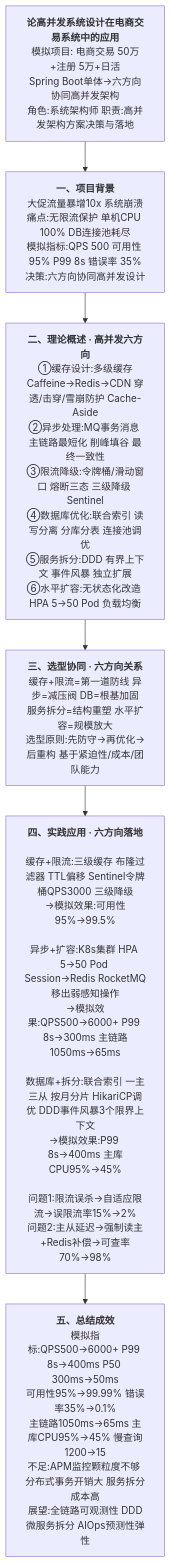
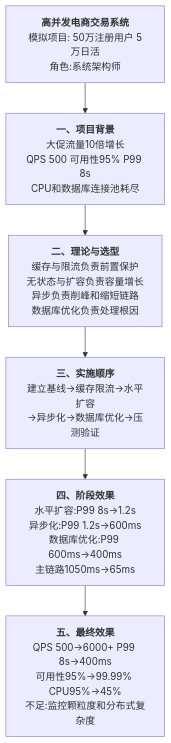
Before and after one commit to EdgarLQS/SoftwareArchitectureExamGuide: the first of 5 diagrams in 02-论文专题/0011-性能优化/00-大纲记忆卡.md, drawn with Mermaid. The commit also changed other lines of this file, not shown here.

````diff
--- a/02-论文专题/0011-性能优化/00-大纲记忆卡.md
+++ b/02-论文专题/0011-性能优化/00-大纲记忆卡.md
@@ -30,14 +26,9 @@
 ```mermaid
 graph TD
-    ROOT["<b>论高并发系统设计在电商交易系统中的应用</b><br/>模拟项目: 电商交易 50万+注册 5万+日活<br/>Spring Boot单体→六方向协同高并发架构<br/>角色:系统架构师 职责:高并发架构方案决策与落地"]
-
-    ROOT --> P1["<b>一、项目背景</b><br/>大促流量暴增10x 系统崩溃<br/>痛点:无限流保护 单机CPU 100% DB连接池耗尽<br/>模拟指标:QPS 500 可用性 95% P99 8s 错误率 35%<br/>决策:六方向协同高并发设计"]
-
-    P1 --> P2["<b>二、理论概述 · 高并发六方向</b><br/>①缓存设计:多级缓存Caffeine→Redis→CDN 穿透/击穿/雪崩防护 Cache-Aside<br/>②异步处理:MQ事务消息 主链路最短化 削峰填谷 最终一致性<br/>③限流降级:令牌桶/滑动窗口 熔断三态 三级降级 Sentinel<br/>④数据库优化:联合索引 读写分离 分库分表 连接池调优<br/>⑤服务拆分:DDD 有界上下文 事件风暴 独立扩展<br/>⑥水平扩容:无状态化改造 HPA 5→50 Pod 负载均衡"]
-
-    P2 --> P3["<b>三、选型协同 · 六方向关系</b><br/>缓存+限流=第一道防线 异步=减压阀 DB=根基加固<br/>服务拆分=结构重塑 水平扩容=规模放大<br/>选型原则:先防守→再优化→后重构 基于紧迫性/成本/团队能力"]
-
-    P3 --> P4["<b>四、实践应用 · 六方向落地</b><br/><br/>缓存+限流:三级缓存 布隆过滤器 TTL偏移 Sentinel令牌桶QPS3000 三级降级<br/>→模拟效果:可用性95%→99.5%<br/><br/>异步+扩容:K8s集群 HPA 5→50 Pod Session→Redis RocketMQ移出弱感知操作<br/>→模拟效果:QPS500→6000+ P99 8s→300ms 主链路1050ms→65ms<br/><br/>数据库+拆分:联合索引 一主三从 按月分片 HikariCP调优 DDD事件风暴3个限界上下文<br/>→模拟效果:P99 8s→400ms 主库CPU95%→45%<br/><br/>问题1:限流误杀→自适应限流→误限流率15%→2%<br/>问题2:主从延迟→强制读主+Redis补偿→可查率70%→98%"]
-
-    P4 --> P5["<b>五、总结成效</b><br/>模拟指标:QPS500→6000+ P99 8s→400ms P50 300ms→50ms<br/>可用性95%→99.99% 错误率35%→0.1%<br/>主链路1050ms→65ms 主库CPU95%→45% 慢查询1200→15<br/>不足:APM监控颗粒度不够 分布式事务开销大 服务拆分成本高<br/>展望:全链路可观测性 DDD微服务拆分 AIOps预测性弹性"]
+    ROOT["<b>高并发电商交易系统</b><br/>模拟项目: 50万注册用户 5万日活<br/>角色:系统架构师"]
+    ROOT --> P1["<b>一、项目背景</b><br/>大促流量10倍增长<br/>QPS 500 可用性95% P99 8s<br/>CPU和数据库连接池耗尽"]
+    P1 --> P2["<b>二、理论与选型</b><br/>缓存与限流负责前置保护<br/>无状态与扩容负责容量增长<br/>异步负责削峰和缩短链路<br/>数据库优化负责处理根因"]
+    P2 --> P3["<b>三、实施顺序</b><br/>建立基线→缓存限流→水平扩容<br/>→异步化→数据库优化→压测验证"]
+    P3 --> P4["<b>四、阶段效果</b><br/>水平扩容:P99 8s→1.2s<br/>异步化:P99 1.2s→600ms<br/>数据库优化:P99 600ms→400ms<br/>主链路1050ms→65ms"]
+    P4 --> P5["<b>五、最终效果</b><br/>QPS 500→6000+ P99 8s→400ms<br/>可用性95%→99.99% CPU95%→45%<br/>不足:监控颗粒度和分布式复杂度"]
 ```
````
